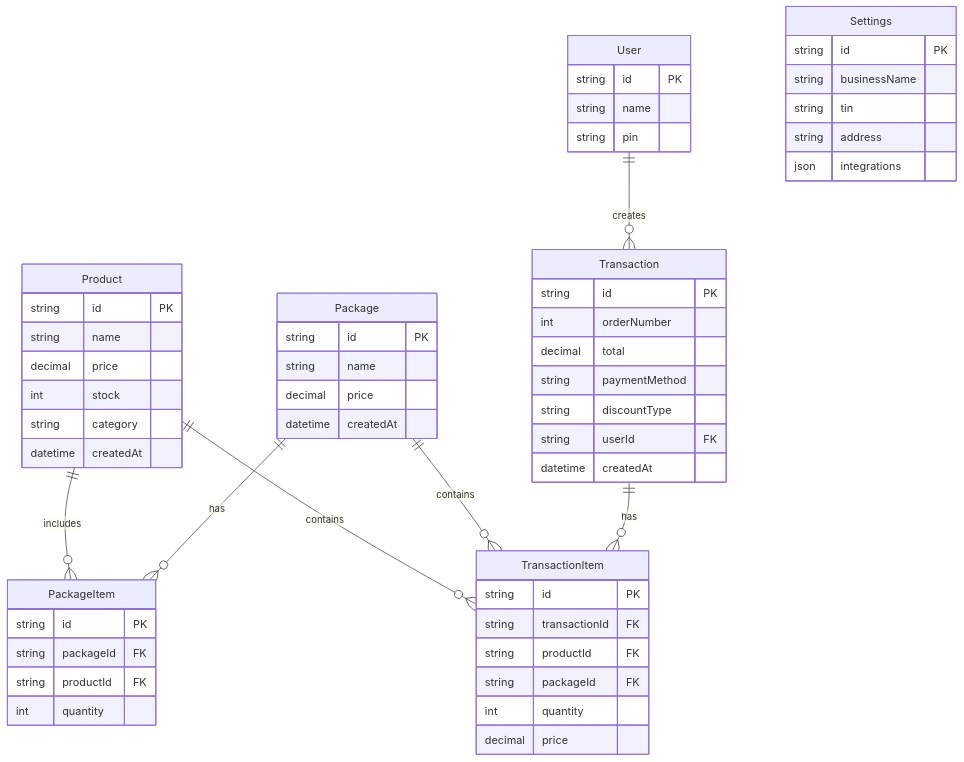
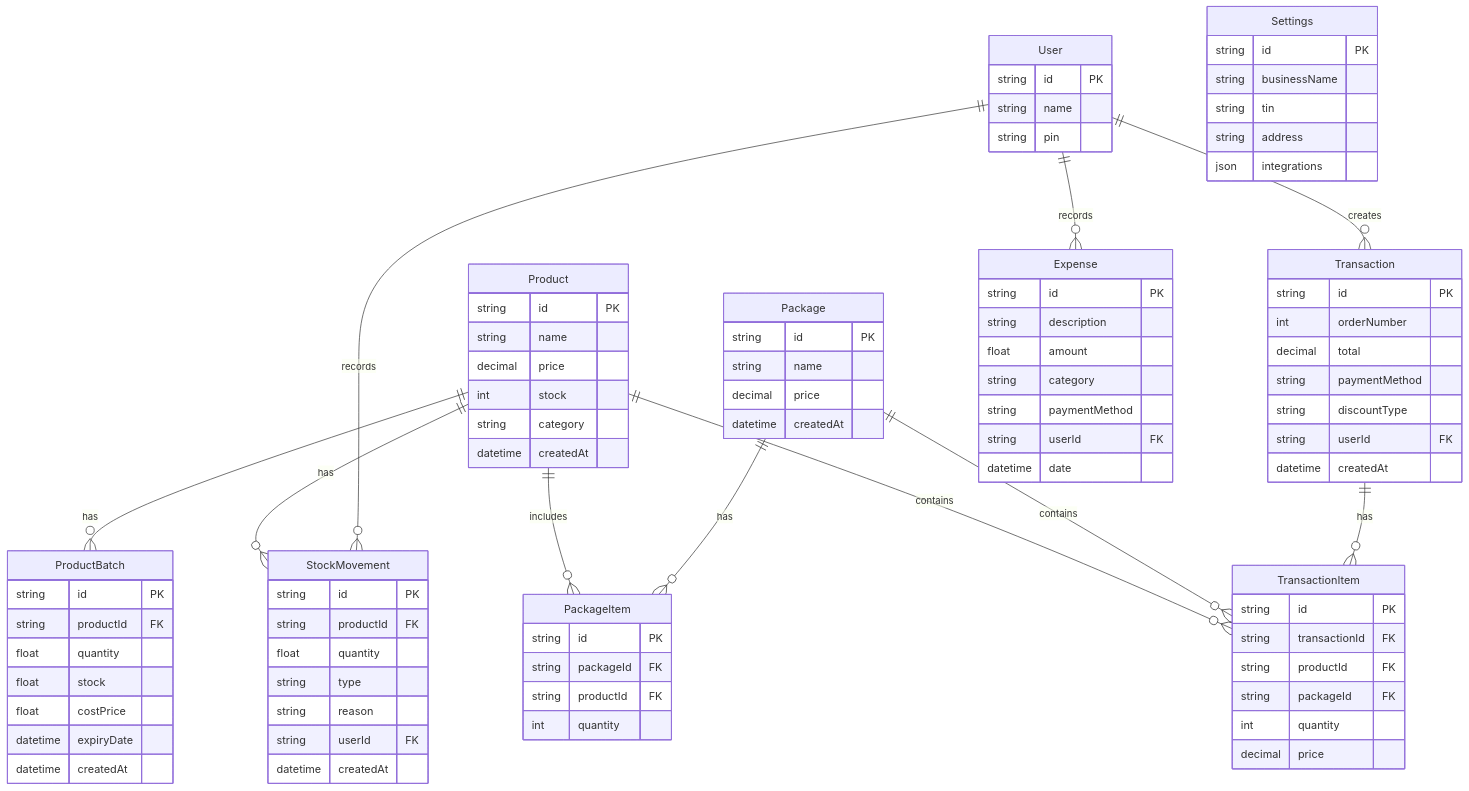
The second of 5 diagrams in docs/wiki/Architecture-Overview.md (Keshigami/POS-System), drawn with Mermaid before and after one commit. The commit also changed other lines of this file and 6 other files, not shown here.

````diff
--- a/docs/wiki/Architecture-Overview.md
+++ b/docs/wiki/Architecture-Overview.md
@@ -69,10 +69,14 @@
 erDiagram
     Product ||--o{ TransactionItem : contains
     Product ||--o{ PackageItem : includes
+    Product ||--o{ StockMovement : has
+    Product ||--o{ ProductBatch : has
     Package ||--o{ PackageItem : has
     Package ||--o{ TransactionItem : contains
     Transaction ||--o{ TransactionItem : has
     User ||--o{ Transaction : creates
+    User ||--o{ StockMovement : records
+    User ||--o{ Expense : records
     
     Product {
         string id PK
@@ -129,4 +133,34 @@
         string address
         json integrations
     }
+
+    StockMovement {
+        string id PK
+        string productId FK
+        float quantity
+        string type
+        string reason
+        string userId FK
+        datetime createdAt
+    }
+
+    ProductBatch {
+        string id PK
+        string productId FK
+        float quantity
+        float stock
+        float costPrice
+        datetime expiryDate
+        datetime createdAt
+    }
+
+    Expense {
+        string id PK
+        string description
+        float amount
+        string category
+        string paymentMethod
+        string userId FK
+        datetime date
+    }
 ```
````
